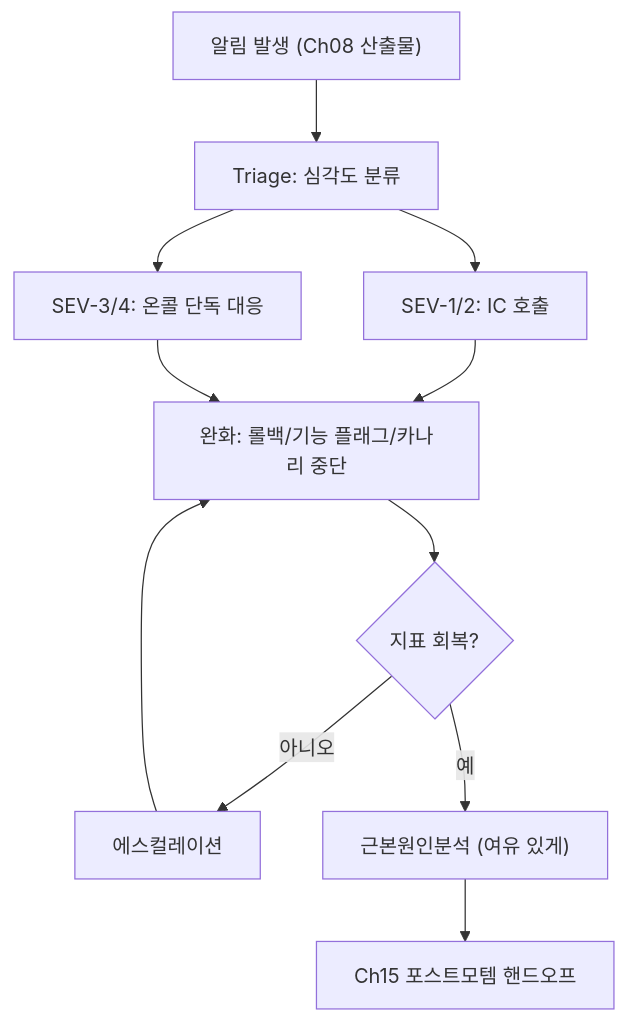
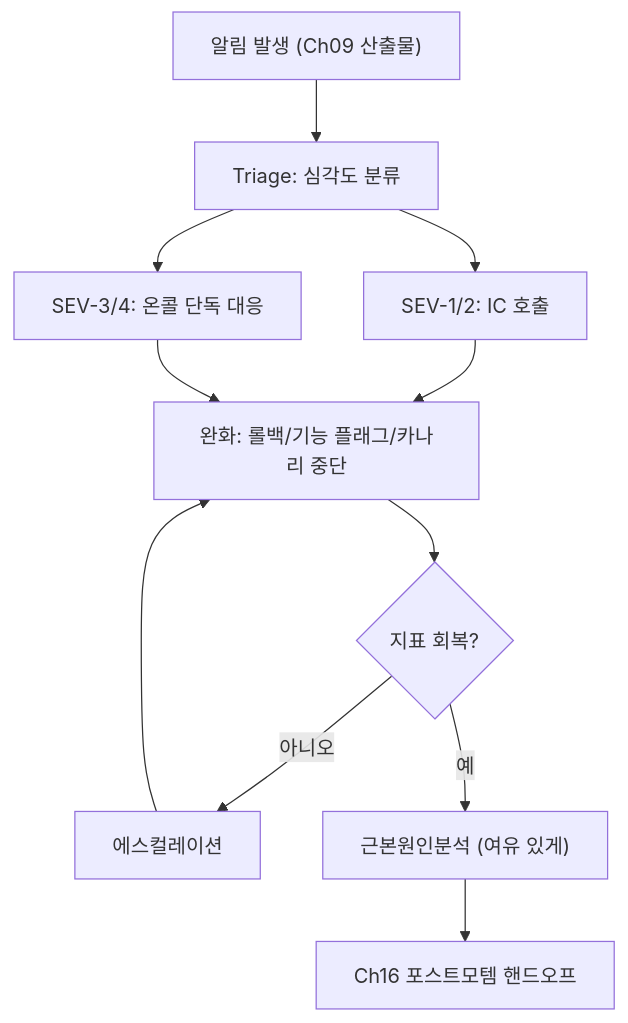
Before and after one commit to 42jerrykim/42jerrykim.github.io: the diagram in content/collection/optimization-12-regression-prevention/11-performance-incident-response/index.md, drawn with Mermaid. The commit also changed other lines of this file and 1 other file, not shown here.

````diff
--- a/content/collection/optimization-12-regression-prevention/11-performance-incident-response/index.md
+++ b/content/collection/optimization-12-regression-prevention/11-performance-incident-response/index.md
@@ -86,13 +84,13 @@
 ```mermaid
 flowchart TB
-  alertFired["알림 발생 (Ch08 산출물)"] --> triage["Triage: 심각도 분류"]
+  alertFired["알림 발생 (Ch09 산출물)"] --> triage["Triage: 심각도 분류"]
   triage --> sevHigh["SEV-1/2: IC 호출"]
   triage --> sevLow["SEV-3/4: 온콜 단독 대응"]
   sevHigh --> mitigate["완화: 롤백/기능 플래그/카나리 중단"]
   sevLow --> mitigate
   mitigate --> verify{"지표 회복?"}
   verify -->|"아니오"| escalate["에스컬레이션"]
   escalate --> mitigate
   verify -->|"예"| rca["근본원인분석 (여유 있게)"]
-  rca --> handoff["Ch15 포스트모템 핸드오프"]
+  rca --> handoff["Ch16 포스트모템 핸드오프"]
 ```
````
